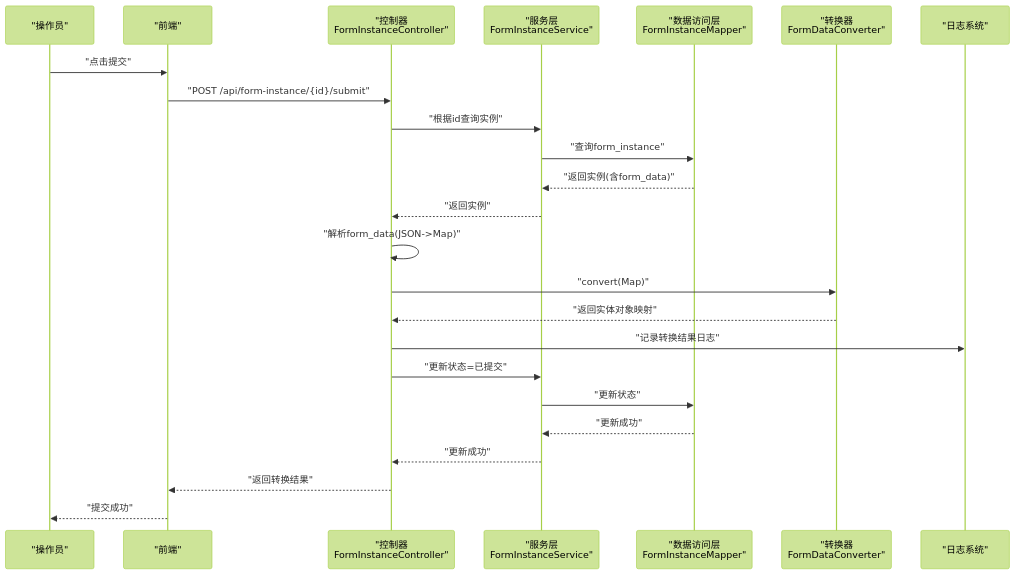
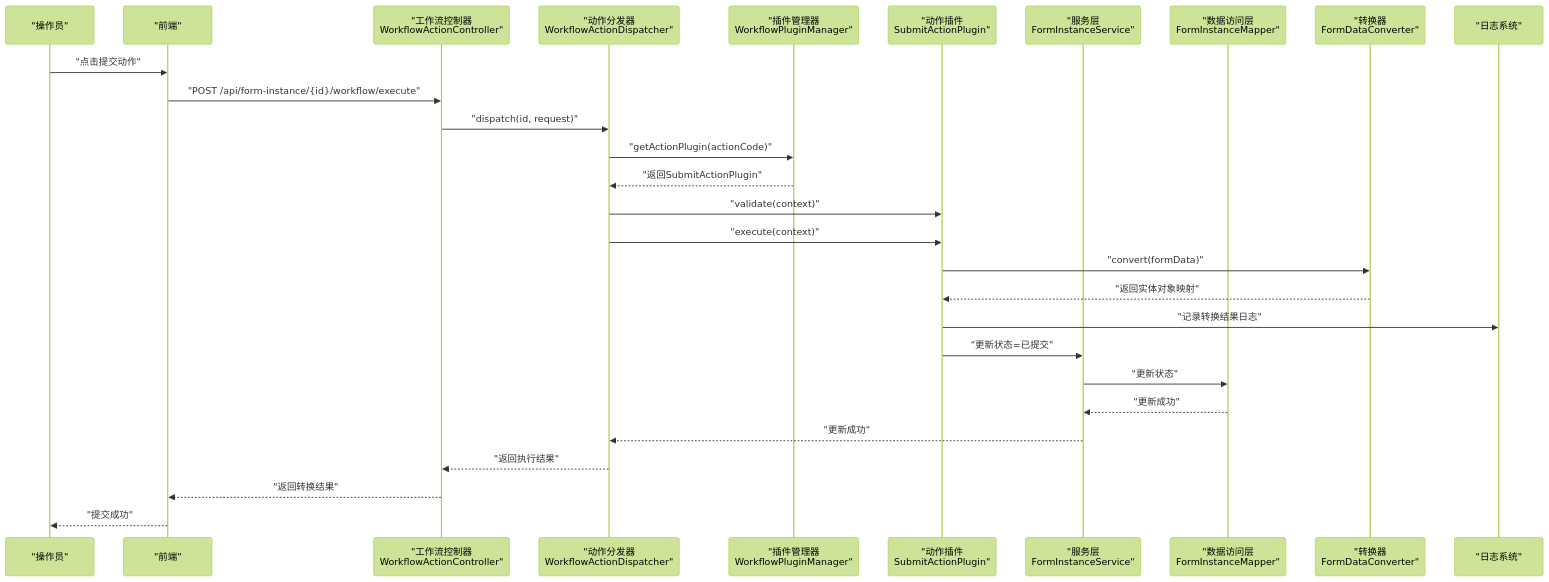
Before and after one commit to NJMrLi/genetics: the second of 8 diagrams in .qoder/repowiki/zh/content/核心业务逻辑/表单提交流程设计.md, drawn with Mermaid (forest theme). The commit also changed other lines of this file and 19 other files, not shown here.

````diff
--- a/.qoder/repowiki/zh/content/核心业务逻辑/表单提交流程设计.md
+++ b/.qoder/repowiki/zh/content/核心业务逻辑/表单提交流程设计.md
@@ -83,26 +123,30 @@
 ```mermaid
 sequenceDiagram
 participant U as "操作员"
 participant FE as "前端"
-participant CTRL as "控制器<br/>FormInstanceController"
+participant CTRL as "工作流控制器<br/>WorkflowActionController"
+participant DISP as "动作分发器<br/>WorkflowActionDispatcher"
+participant PM as "插件管理器<br/>WorkflowPluginManager"
+participant PLUGIN as "动作插件<br/>SubmitActionPlugin"
 participant SVC as "服务层<br/>FormInstanceService"
 participant MAPPER as "数据访问层<br/>FormInstanceMapper"
 participant CONV as "转换器<br/>FormDataConverter"
 participant LOG as "日志系统"
-U->>FE : "点击提交"
-FE->>CTRL : "POST /api/form-instance/{id}/submit"
-CTRL->>SVC : "根据id查询实例"
-SVC->>MAPPER : "查询form_instance"
-MAPPER-->>SVC : "返回实例(含form_data)"
-SVC-->>CTRL : "返回实例"
-CTRL->>CTRL : "解析form_data(JSON->Map)"
-CTRL->>CONV : "convert(Map)"
-CONV-->>CTRL : "返回实体对象映射"
-CTRL->>LOG : "记录转换结果日志"
-CTRL->>SVC : "更新状态=已提交"
+U->>FE : "点击提交动作"
+FE->>CTRL : "POST /api/form-instance/{id}/workflow/execute"
+CTRL->>DISP : "dispatch(id, request)"
+DISP->>PM : "getActionPlugin(actionCode)"
+PM-->>DISP : "返回SubmitActionPlugin"
+DISP->>PLUGIN : "validate(context)"
+DISP->>PLUGIN : "execute(context)"
+PLUGIN->>CONV : "convert(formData)"
+CONV-->>PLUGIN : "返回实体对象映射"
+PLUGIN->>LOG : "记录转换结果日志"
+PLUGIN->>SVC : "更新状态=已提交"
 SVC->>MAPPER : "更新状态"
 MAPPER-->>SVC : "更新成功"
-SVC-->>CTRL : "更新成功"
+SVC-->>DISP : "更新成功"
+DISP-->>CTRL : "返回执行结果"
 CTRL-->>FE : "返回转换结果"
 FE-->>U : "提交成功"
 ```
````
